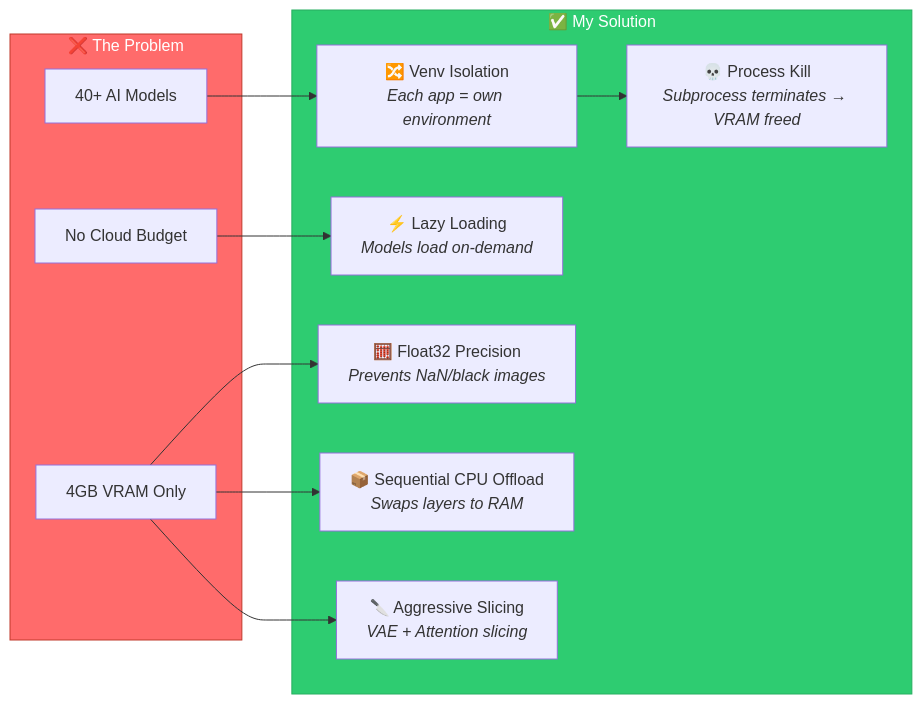
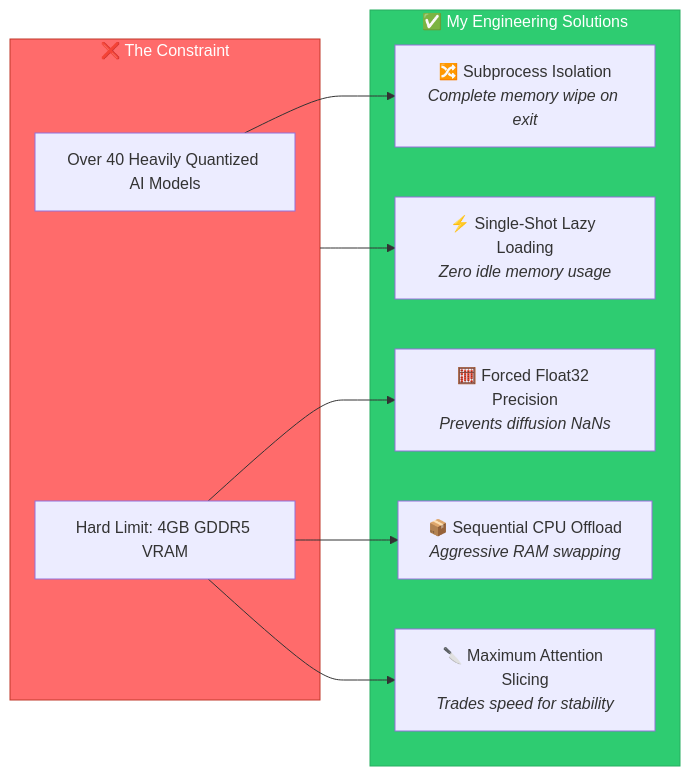
Before and after one commit to RajTewari01/neural_citadel: the second of 2 diagrams in README.md, drawn with Mermaid. The commit also changed other lines of this file and 13 other files, not shown here.

````diff
--- a/README.md
+++ b/README.md
@@ -113,27 +98,24 @@
 ```mermaid
 graph LR
-    subgraph Problem ["❌ The Problem"]
-        P1["40+ AI Models"]
-        P2["4GB VRAM Only"]
-        P3["No Cloud Budget"]
+    subgraph Challenge ["❌ The Constraint"]
+        P1["Over 40 Heavily Quantized AI Models"]
+        P2["Hard Limit: 4GB GDDR5 VRAM"]
     end
 
-    subgraph Solution ["✅ My Solution"]
-        S1["🔀 Venv Isolation<br/><i>Each app = own environment</i>"]
-        S2["⚡ Lazy Loading<br/><i>Models load on-demand</i>"]
-        S3["🧮 Float32 Precision<br/><i>Prevents NaN/black images</i>"]
-        S4["📦 Sequential CPU Offload<br/><i>Swaps layers to RAM</i>"]
-        S5["🔪 Aggressive Slicing<br/><i>VAE + Attention slicing</i>"]
-        S6["💀 Process Kill<br/><i>Subprocess terminates → VRAM freed</i>"]
+    subgraph Execution ["✅ My Engineering Solutions"]
+        S1["🔀 Subprocess Isolation<br/><i>Complete memory wipe on exit</i>"]
+        S2["⚡ Single-Shot Lazy Loading<br/><i>Zero idle memory usage</i>"]
+        S3["🧮 Forced Float32 Precision<br/><i>Prevents diffusion NaNs</i>"]
+        S4["📦 Sequential CPU Offload<br/><i>Aggressive RAM swapping</i>"]
+        S5["🔪 Maximum Attention Slicing<br/><i>Trades speed for stability</i>"]
     end
 
     P1 --> S1
     P2 --> S3
     P2 --> S4
     P2 --> S5
-    P3 --> S2
-    S1 --> S6
+    Challenge --> S2
 
-    style Problem fill:#ff6b6b,stroke:#c0392b,color:#fff
-    style Solution fill:#2ecc71,stroke:#27ae60,color:#fff
+    style Challenge fill:#ff6b6b,stroke:#c0392b,color:#fff
+    style Execution fill:#2ecc71,stroke:#27ae60,color:#fff
 ```
````
